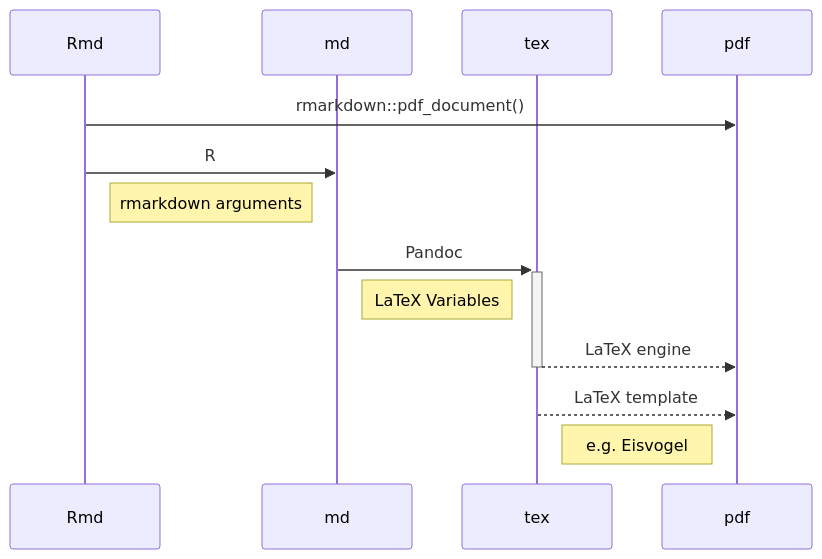
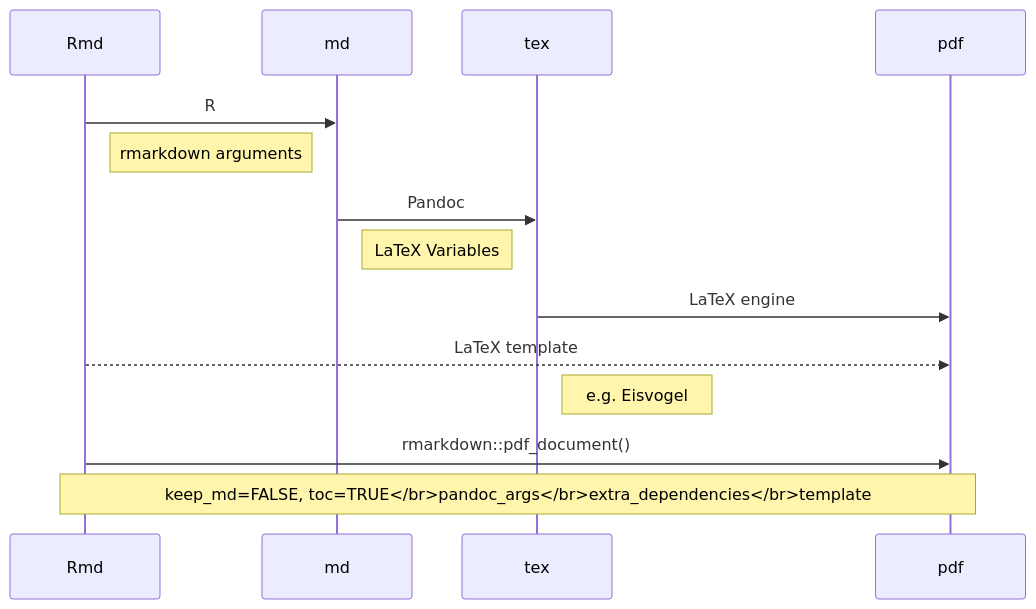
Before and after one commit to FCACollin/guide: the diagram in content/rmd_to_pdf/rmd2pdf_02.md, drawn with Mermaid. The commit also changed 20 other files, not shown here.

```diff
--- a/content/rmd_to_pdf/rmd2pdf_02.md
+++ b/content/rmd_to_pdf/rmd2pdf_02.md
@@ -59,15 +59,16 @@
 {{<mermaid align="left">}}
 sequenceDiagram
     participant Rmd
     participant md
     participant tex
     participant pdf
-    Rmd->>pdf: rmarkdown::pdf_document()
     Rmd->>md: R
     Note right of Rmd: rmarkdown arguments
-    md->>+tex: Pandoc
+    md->>tex: Pandoc
     Note right of md: LaTeX Variables
-    tex-->>-pdf: LaTeX engine
-    tex-->>pdf: LaTeX template
+    tex->>pdf: LaTeX engine
+    Rmd-->>pdf: LaTeX template
     Note right of tex: e.g. Eisvogel
+    Rmd->>pdf: rmarkdown::pdf_document()
+    Note over Rmd,pdf: keep_md=FALSE, toc=TRUE</br>pandoc_args</br>extra_dependencies</br>template
 {{< /mermaid >}}
```
